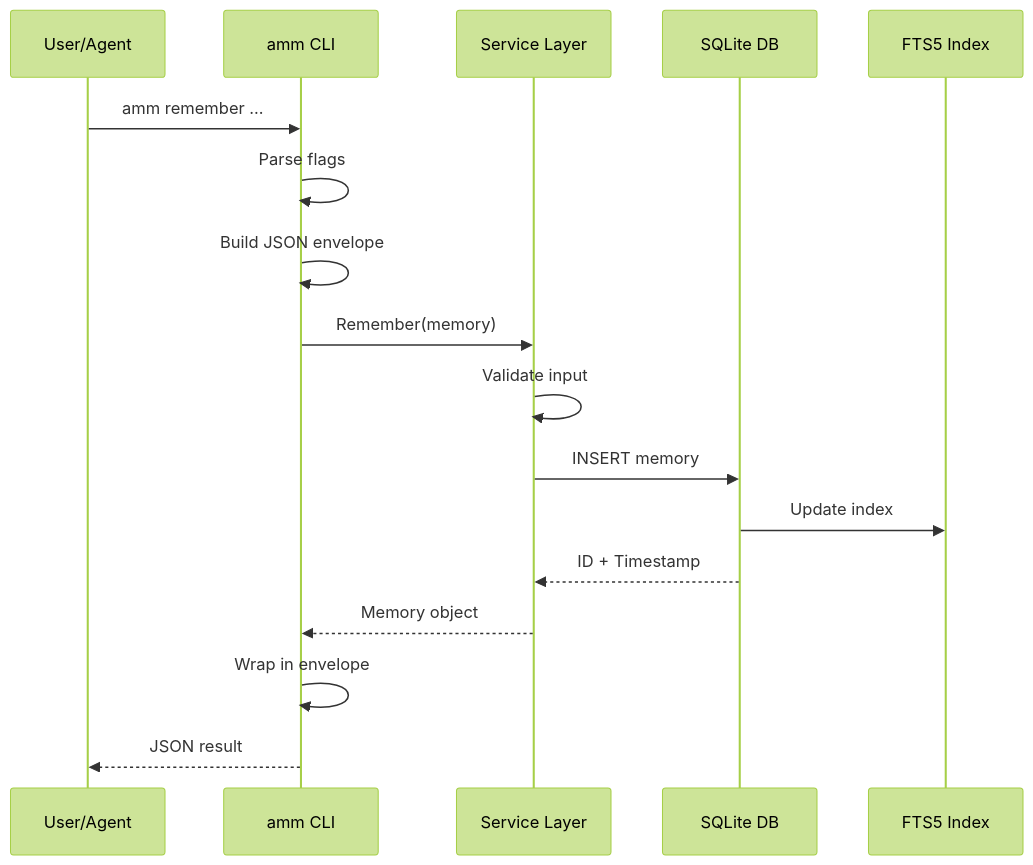
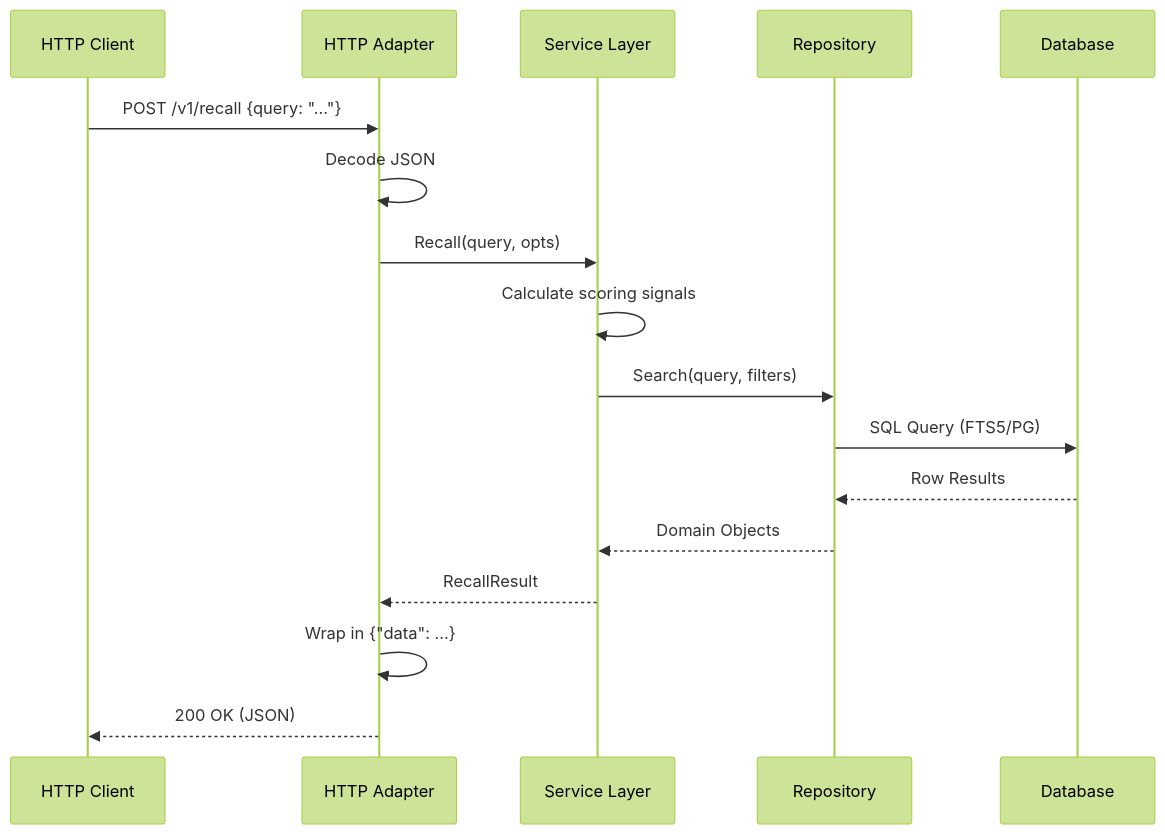
One commit to BonzTM/agent-memory-manager changed the second of 5 diagrams in docs/architecture-diagrams.md. Above: the diagram before and after it, drawn with Mermaid (forest theme). The commit also changed other lines of this file and 3 other files, not shown here.

First line of the commit message:
Document the new adapter and backend architecture

````diff
--- a/docs/architecture-diagrams.md
+++ b/docs/architecture-diagrams.md
@@ -56,20 +47,20 @@
 ```mermaid
 sequenceDiagram
-    participant User as User/Agent
-    participant CLI as amm CLI
+    participant Client as HTTP Client
+    participant Server as HTTP Adapter
     participant Service as Service Layer
-    participant SQLite as SQLite DB
-    participant FTS as FTS5 Index
+    participant Repo as Repository
+    participant DB as Database
 
-    User->>CLI: amm remember ...
-    CLI->>CLI: Parse flags
-    CLI->>CLI: Build JSON envelope
-    CLI->>Service: Remember(memory)
-    Service->>Service: Validate input
-    Service->>SQLite: INSERT memory
-    SQLite->>FTS: Update index
-    SQLite-->>Service: ID + Timestamp
-    Service-->>CLI: Memory object
-    CLI->>CLI: Wrap in envelope
-    CLI-->>User: JSON result
+    Client->>Server: POST /v1/recall {query: "..."}
+    Server->>Server: Decode JSON
+    Server->>Service: Recall(query, opts)
+    Service->>Service: Calculate scoring signals
+    Service->>Repo: Search(query, filters)
+    Repo->>DB: SQL Query (FTS5/PG)
+    DB-->>Repo: Row Results
+    Repo-->>Service: Domain Objects
+    Service-->>Server: RecallResult
+    Server->>Server: Wrap in {"data": ...}
+    Server-->>Client: 200 OK (JSON)
 ```
````
